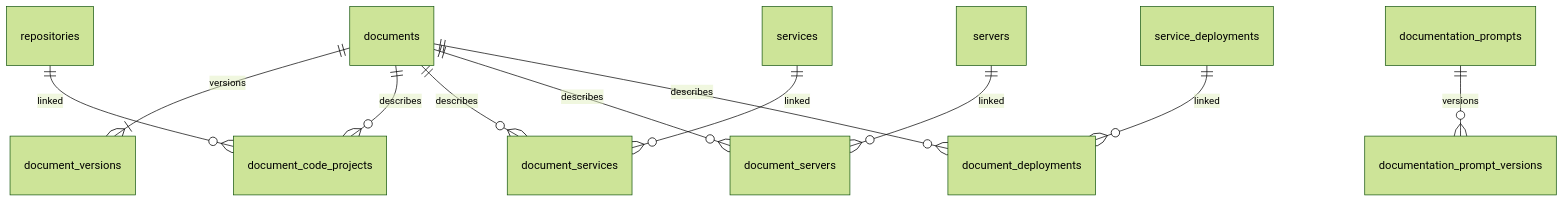
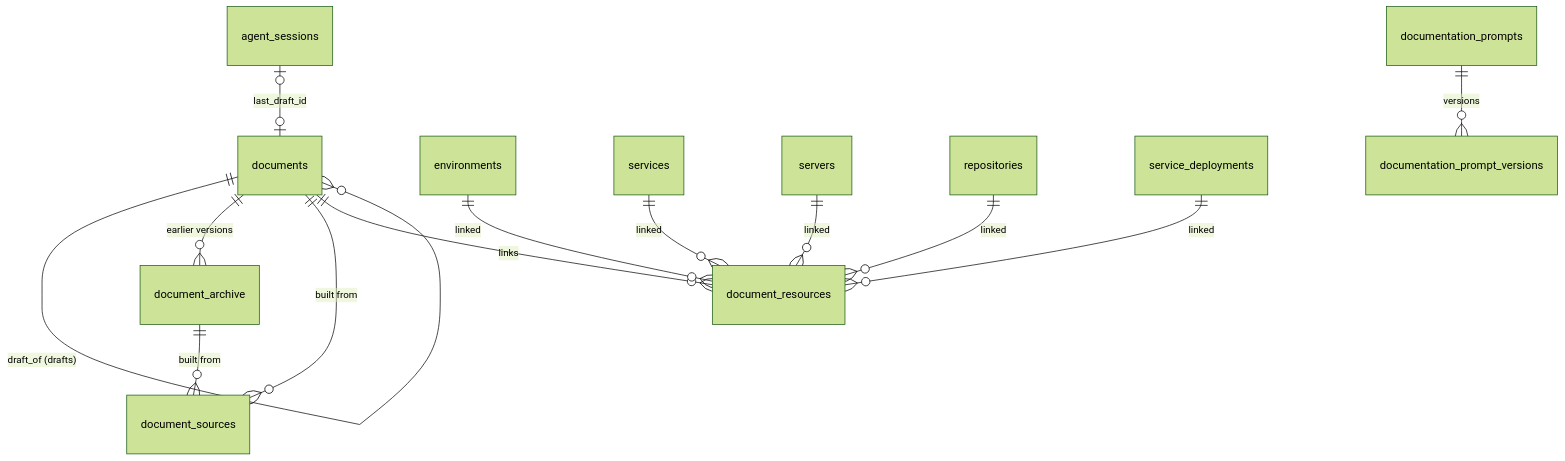
Before and after one commit to pulsarpoint/knowledge-agent: the diagram in docs/database.md, drawn with Mermaid (forest theme). The commit also changed other lines of this file and 12 other files, not shown here.

First line of the commit message:
fix(documents): indexed draft outcomes, New run name check, promote audit and lock, docs

````diff
--- a/docs/database.md
+++ b/docs/database.md
@@ -48,13 +50,15 @@
 ```mermaid
 erDiagram
-    documents ||--|{ document_versions : versions
-    documents ||--o{ document_code_projects : describes
-    repositories ||--o{ document_code_projects : linked
-    documents ||--o{ document_services : describes
-    services ||--o{ document_services : linked
-    documents ||--o{ document_servers : describes
-    servers ||--o{ document_servers : linked
-    documents ||--o{ document_deployments : describes
-    service_deployments ||--o{ document_deployments : linked
+    documents ||--o{ documents : "draft_of (drafts)"
+    documents ||--o{ document_archive : "earlier versions"
+    documents ||--o{ document_sources : "built from"
+    document_archive ||--o{ document_sources : "built from"
+    documents ||--o{ document_resources : links
+    environments ||--o{ document_resources : linked
+    services ||--o{ document_resources : linked
+    servers ||--o{ document_resources : linked
+    repositories ||--o{ document_resources : linked
+    service_deployments ||--o{ document_resources : linked
+    agent_sessions |o--o| documents : "last_draft_id"
     documentation_prompts ||--o{ documentation_prompt_versions : versions
 ```
````
